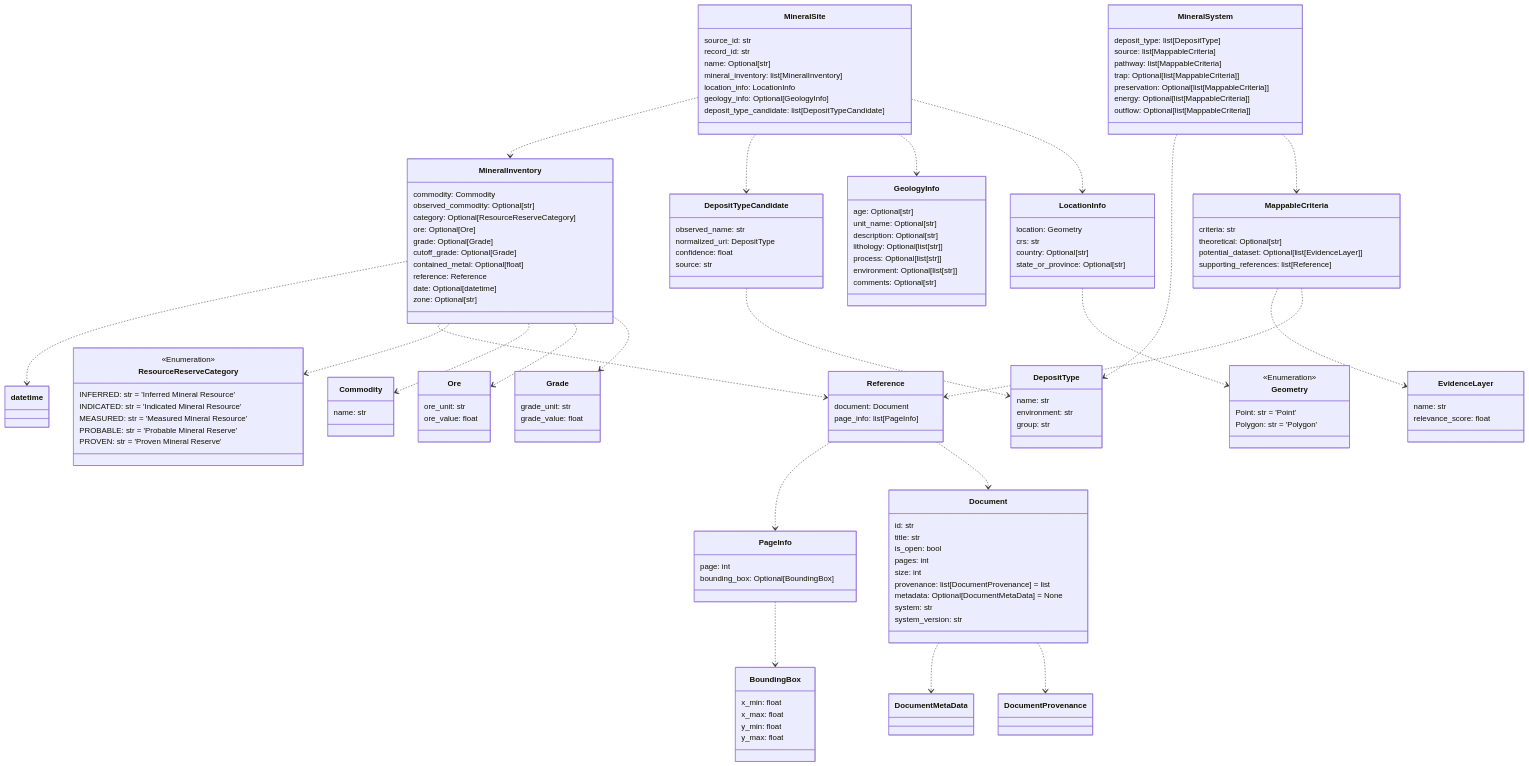
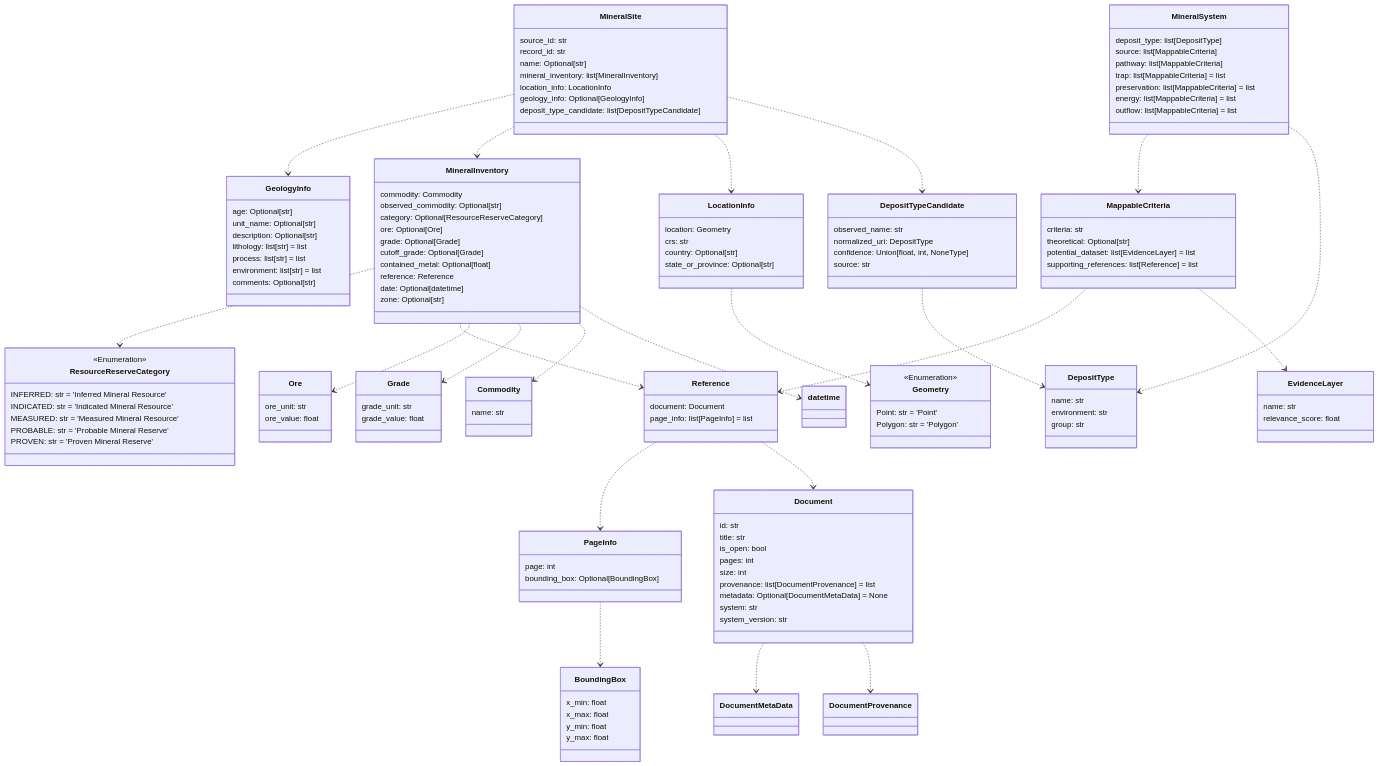
Before and after one commit to DARPA-CRITICALMAAS/cdr_schemas: the tenth of 12 diagrams in README.md, drawn with Mermaid. The commit also changed other lines of this file and 20 other files, not shown here.

````diff
--- a/README.md
+++ b/README.md
@@ -737,35 +737,11 @@
 ```mermaid
 classDiagram
 
-    class BoundingBox {
-        x_min: float
-        x_max: float
-        y_min: float
-        y_max: float
-    }
-
-    class Commodity {
-        name: str
-    }
-
-    class EvidenceLayer {
-        name: str
-        relevance_score: float
-    }
-
-    class GeologyInfo {
-        age: Optional[str]
-        unit_name: Optional[str]
-        description: Optional[str]
-        lithology: Optional[list[str]]
-        process: Optional[list[str]]
-        environment: Optional[list[str]]
-        comments: Optional[str]
-    }
-
-    class Grade {
-        grade_unit: str
-        grade_value: float
+    class MappableCriteria {
+        criteria: str
+        theoretical: Optional[str]
+        potential_dataset: list[EvidenceLayer] = list
+        supporting_references: list[Reference] = list
     }
 
     class LocationInfo {
@@ -775,58 +751,27 @@
         state_or_province: Optional[str]
     }
 
+    class Geometry {
+        <<Enumeration>>
+        Point: str = 'Point'
+        Polygon: str = 'Polygon'
+    }
+
+    class EvidenceLayer {
+        name: str
+        relevance_score: float
+    }
+
+    class BoundingBox {
+        x_min: float
+        x_max: float
+        y_min: float
+        y_max: float
+    }
+
     class PageInfo {
         page: int
         bounding_box: Optional[BoundingBox]
-    }
-
-    class DepositTypeCandidate {
-        observed_name: str
-        normalized_uri: DepositType
-        confidence: float
-        source: str
-    }
-
-    class ResourceReserveCategory {
-        <<Enumeration>>
-        INFERRED: str = 'Inferred Mineral Resource'
-        INDICATED: str = 'Indicated Mineral Resource'
-        MEASURED: str = 'Measured Mineral Resource'
-        PROBABLE: str = 'Probable Mineral Reserve'
-        PROVEN: str = 'Proven Mineral Reserve'
-    }
-
-    class Document {
-        id: str
-        title: str
-        is_open: bool
-        pages: int
-        size: int
-        provenance: list[DocumentProvenance] = list
-        metadata: Optional[DocumentMetaData] = None
-        system: str
-        system_version: str
-    }
-
-    class DepositType {
-        name: str
-        environment: str
-        group: str
-    }
-
-    class MineralSite {
-        source_id: str
-        record_id: str
-        name: Optional[str]
-        mineral_inventory: list[MineralInventory]
-        location_info: LocationInfo
-        geology_info: Optional[GeologyInfo]
-        deposit_type_candidate: list[DepositTypeCandidate]
-    }
-
-    class Ore {
-        ore_unit: str
-        ore_value: float
     }
 
     class MineralInventory {
@@ -842,32 +787,87 @@
         zone: Optional[str]
     }
 
+    class Document {
+        id: str
+        title: str
+        is_open: bool
+        pages: int
+        size: int
+        provenance: list[DocumentProvenance] = list
+        metadata: Optional[DocumentMetaData] = None
+        system: str
+        system_version: str
+    }
+
+    class Ore {
+        ore_unit: str
+        ore_value: float
+    }
+
+    class Commodity {
+        name: str
+    }
+
+    class MineralSite {
+        source_id: str
+        record_id: str
+        name: Optional[str]
+        mineral_inventory: list[MineralInventory]
+        location_info: LocationInfo
+        geology_info: Optional[GeologyInfo]
+        deposit_type_candidate: list[DepositTypeCandidate]
+    }
+
+    class ResourceReserveCategory {
+        <<Enumeration>>
+        INFERRED: str = 'Inferred Mineral Resource'
+        INDICATED: str = 'Indicated Mineral Resource'
+        MEASURED: str = 'Measured Mineral Resource'
+        PROBABLE: str = 'Probable Mineral Reserve'
+        PROVEN: str = 'Proven Mineral Reserve'
+    }
+
     class Reference {
         document: Document
-        page_info: list[PageInfo]
-    }
-
-    class Geometry {
-        <<Enumeration>>
-        Point: str = 'Point'
-        Polygon: str = 'Polygon'
+        page_info: list[PageInfo] = list
     }
 
     class MineralSystem {
         deposit_type: list[DepositType]
         source: list[MappableCriteria]
         pathway: list[MappableCriteria]
-        trap: Optional[list[MappableCriteria]]
-        preservation: Optional[list[MappableCriteria]]
-        energy: Optional[list[MappableCriteria]]
-        outflow: Optional[list[MappableCriteria]]
+        trap: list[MappableCriteria] = list
+        preservation: list[MappableCriteria] = list
+        energy: list[MappableCriteria] = list
+        outflow: list[MappableCriteria] = list
     }
 
-    class MappableCriteria {
-        criteria: str
-        theoretical: Optional[str]
-        potential_dataset: Optional[list[EvidenceLayer]]
-        supporting_references: list[Reference]
+    class DepositTypeCandidate {
+        observed_name: str
+        normalized_uri: DepositType
+        confidence: Union[float, int, NoneType]
+        source: str
+    }
+
+    class DepositType {
+        name: str
+        environment: str
+        group: str
+    }
+
+    class Grade {
+        grade_unit: str
+        grade_value: float
+    }
+
+    class GeologyInfo {
+        age: Optional[str]
+        unit_name: Optional[str]
+        description: Optional[str]
+        lithology: list[str] = list
+        process: list[str] = list
+        environment: list[str] = list
+        comments: Optional[str]
     }
 
     Document ..> DocumentMetaData
@@ -876,21 +876,21 @@
     PageInfo ..> BoundingBox
     Reference ..> PageInfo
     Reference ..> Document
+    MappableCriteria ..> Reference
     MappableCriteria ..> EvidenceLayer
-    MappableCriteria ..> Reference
+    MineralSystem ..> MappableCriteria
     MineralSystem ..> DepositType
-    MineralSystem ..> MappableCriteria
-    MineralInventory ..> datetime
+    MineralInventory ..> ResourceReserveCategory
     MineralInventory ..> Reference
-    MineralInventory ..> ResourceReserveCategory
-    MineralInventory ..> Commodity
     MineralInventory ..> Ore
     MineralInventory ..> Grade
+    MineralInventory ..> Commodity
+    MineralInventory ..> datetime
     LocationInfo ..> Geometry
+    MineralSite ..> GeologyInfo
     MineralSite ..> MineralInventory
+    MineralSite ..> LocationInfo
     MineralSite ..> DepositTypeCandidate
-    MineralSite ..> GeologyInfo
-    MineralSite ..> LocationInfo
 
 
 ```
````
